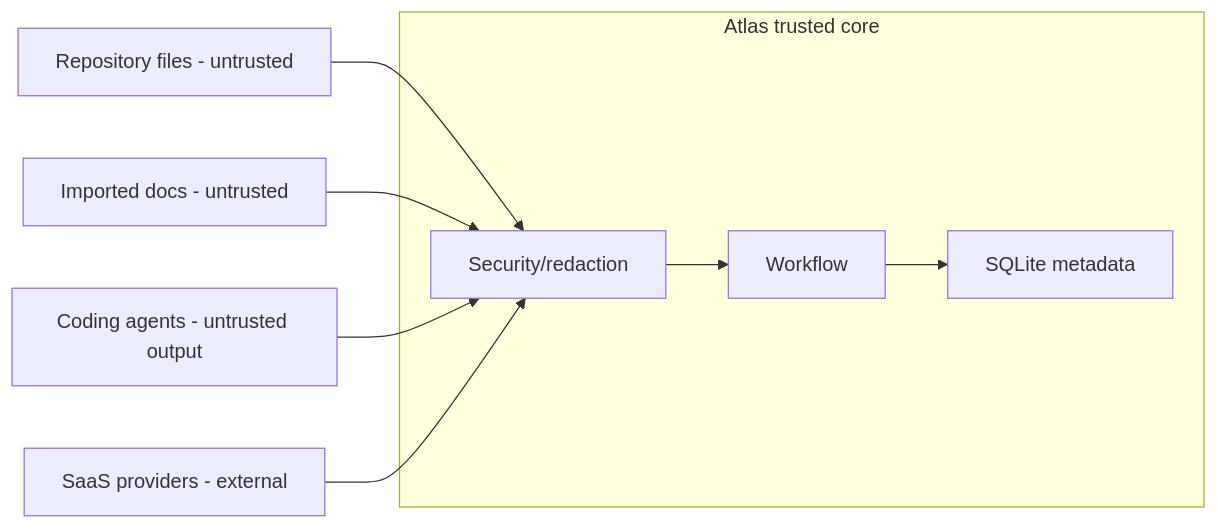
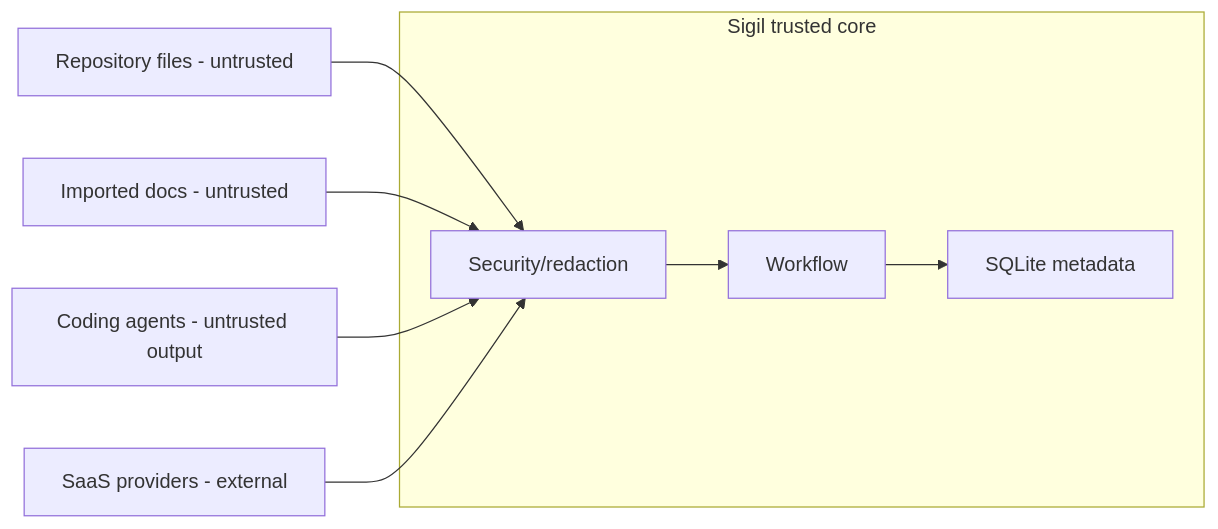
Diagram 13 of 13 in DOCs/M0_Engineering_Design/01_engineering_design_specification.md (odeh-simon/atlas-cli), drawn with Mermaid before and after one commit. The commit also changed other lines of this file and 196 other files, not shown here.

Commit message:
Rename project from Atlas to Sigil (#8)

````diff
--- a/DOCs/M0_Engineering_Design/01_engineering_design_specification.md
+++ b/DOCs/M0_Engineering_Design/01_engineering_design_specification.md
@@ -487,14 +487,14 @@
 ```mermaid
 flowchart LR
-    subgraph Trusted["Atlas trusted core"]
+    subgraph Trusted["Sigil trusted core"]
         WF["Workflow"]
         DB["SQLite metadata"]
         Sec["Security/redaction"]
     end
     Repo["Repository files - untrusted"] --> Sec
     Imports["Imported docs - untrusted"] --> Sec
     Agents["Coding agents - untrusted output"] --> Sec
     SaaS["SaaS providers - external"] --> Sec
     Sec --> WF
     WF --> DB
 ```
````
